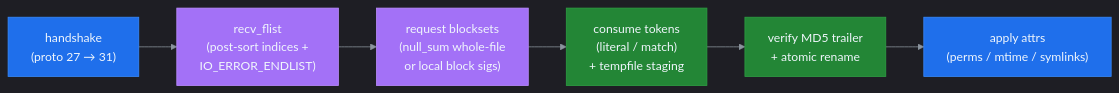
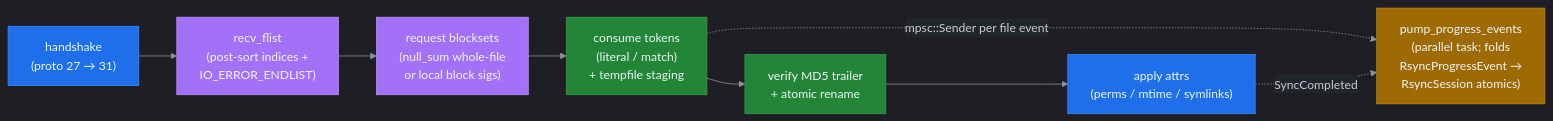
The ninth of 10 diagrams in docs/ARCHITECTURE.md (farchanjo/ssh-mcp), drawn with Mermaid before and after one commit. The commit also changed other lines of this file and 5 other files, not shown here.

````diff
--- a/docs/ARCHITECTURE.md
+++ b/docs/ARCHITECTURE.md
@@ -614,23 +620,27 @@
 ```mermaid
 %%{init: {'theme':'dark','themeVariables':{'primaryColor':'#1f6feb','primaryTextColor':'#f0f6fc','primaryBorderColor':'#388bfd','lineColor':'#8b949e','secondaryColor':'#161b22','tertiaryColor':'#21262d','background':'#0d1117','mainBkg':'#161b22','secondBkg':'#21262d','tertiaryBkg':'#0d1117','nodeTextColor':'#f0f6fc','edgeLabelBackground':'#21262d','clusterBkg':'#161b22','clusterBorder':'#30363d','titleColor':'#f0f6fc'}}}%%
 flowchart LR
     H["handshake<br/>(proto 27 → 31)"]
     R["recv_flist<br/>(post-sort indices +<br/>IO_ERROR_ENDLIST)"]
     BS["request blocksets<br/>(null_sum whole-file<br/>or local block sigs)"]
     CT["consume tokens<br/>(literal / match)<br/>+ tempfile staging"]
     V["verify MD5 trailer<br/>+ atomic rename"]
     A["apply attrs<br/>(perms / mtime / symlinks)"]
+    P["pump_progress_events<br/>(parallel task; folds<br/>RsyncProgressEvent →<br/>RsyncSession atomics)"]
 
     H --> R
     R --> BS
     BS --> CT
     CT --> V
     V --> A
+    CT -.->|mpsc::Sender per file event| P
+    A -.->|SyncCompleted| P
 
     style H fill:#1f6feb,color:#f0f6fc,stroke:#388bfd
     style R fill:#a371f7,color:#f0f6fc,stroke:#bc8cff
     style BS fill:#a371f7,color:#f0f6fc,stroke:#bc8cff
     style CT fill:#238636,color:#f0f6fc,stroke:#2ea043
     style V fill:#238636,color:#f0f6fc,stroke:#2ea043
     style A fill:#1f6feb,color:#f0f6fc,stroke:#388bfd
+    style P fill:#9e6a03,color:#f0f6fc,stroke:#bf8700
 ```
````
